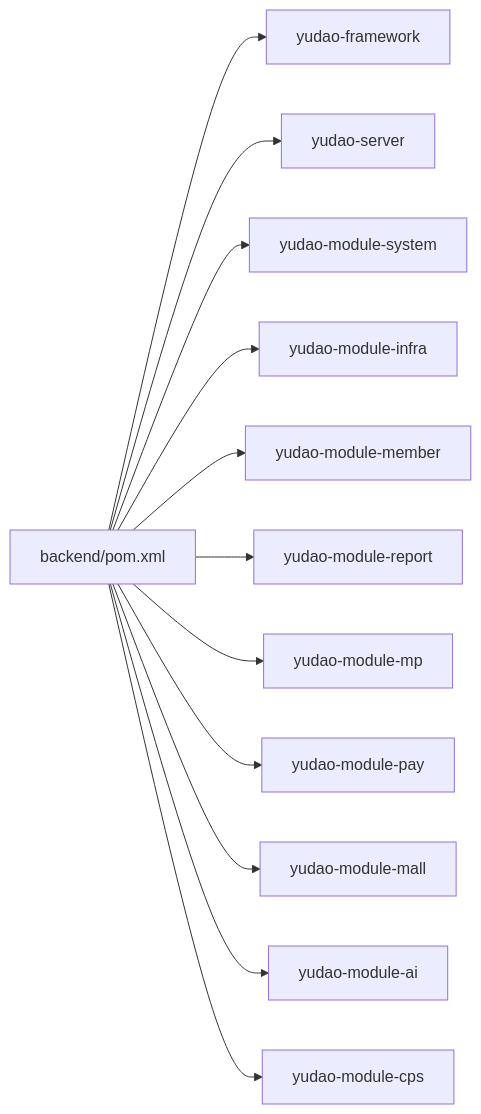
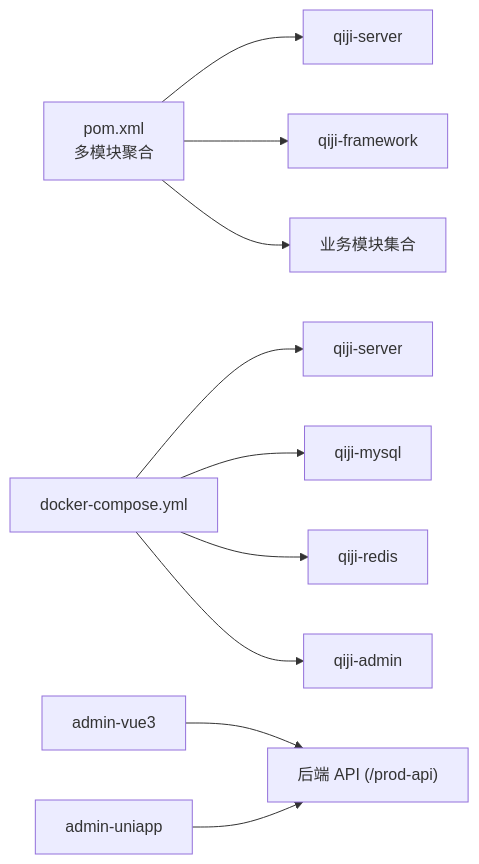
Before and after one commit to zhuangpengLI/AgenticCPS: the third of 3 diagrams in .qoder/repowiki/zh/content/快速开始.md, drawn with Mermaid. The commit also changed other lines of this file and 355 other files, not shown here.

````diff
--- a/.qoder/repowiki/zh/content/快速开始.md
+++ b/.qoder/repowiki/zh/content/快速开始.md
@@ -216,14 +202,12 @@
 ```mermaid
 graph LR
-POM["backend/pom.xml"] --> F["yudao-framework"]
-POM --> S["yudao-server"]
-POM --> SYS["yudao-module-system"]
-POM --> INF["yudao-module-infra"]
-POM --> MEM["yudao-module-member"]
-POM --> REP["yudao-module-report"]
-POM --> MP["yudao-module-mp"]
-POM --> PAY["yudao-module-pay"]
-POM --> MALL["yudao-module-mall"]
-POM --> AI["yudao-module-ai"]
-POM --> CPS["yudao-module-cps"]
+POM["pom.xml<br/>多模块聚合"] --> S["qiji-server"]
+POM --> F["qiji-framework"]
+POM --> M["业务模块集合"]
+DC["docker-compose.yml"] --> Svc["qiji-server"]
+DC --> DB["qiji-mysql"]
+DC --> RS["qiji-redis"]
+DC --> UI["qiji-admin"]
+VUE["admin-vue3"] --> API["后端 API (/prod-api)"]
+UNI["admin-uniapp"] --> API
 ```
````
